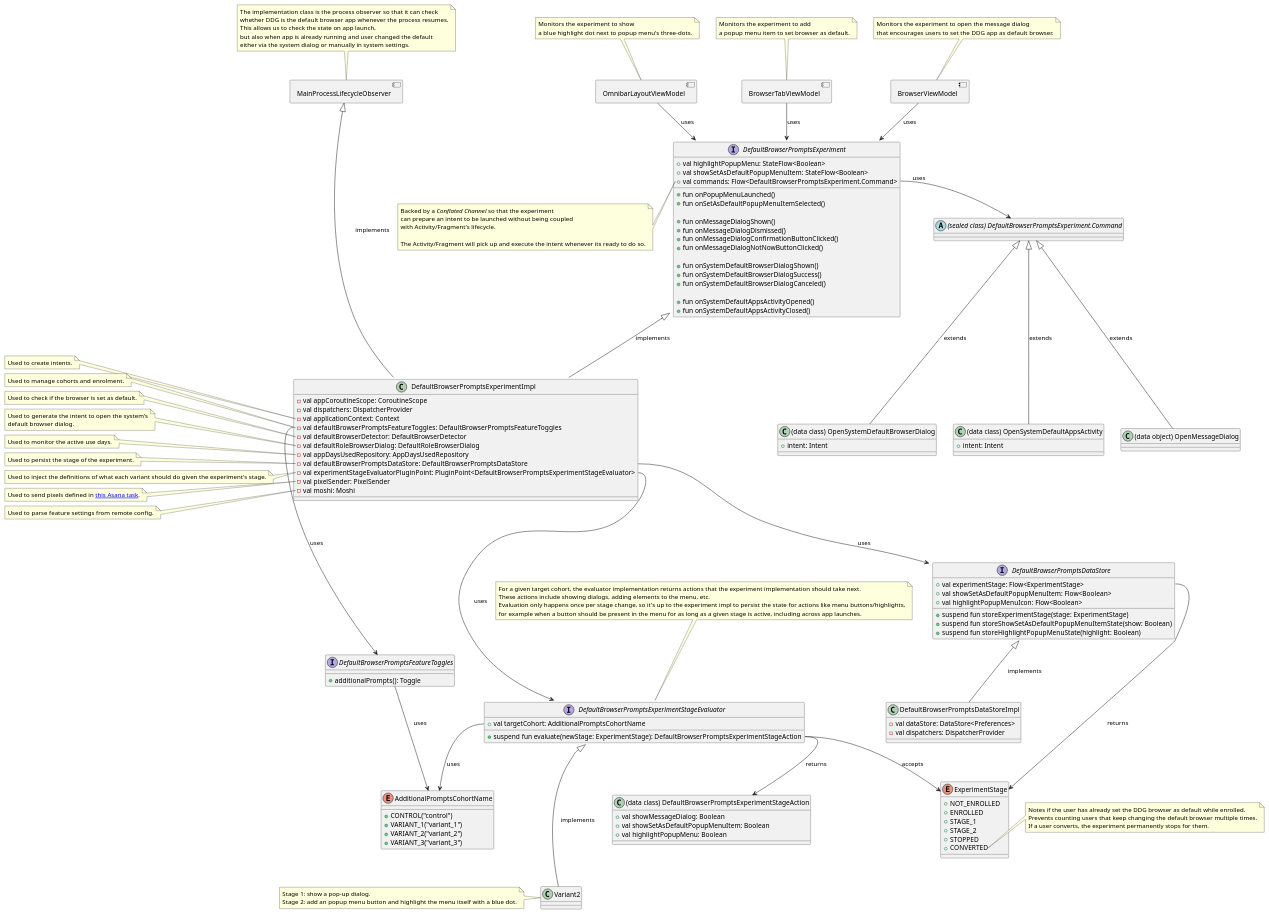
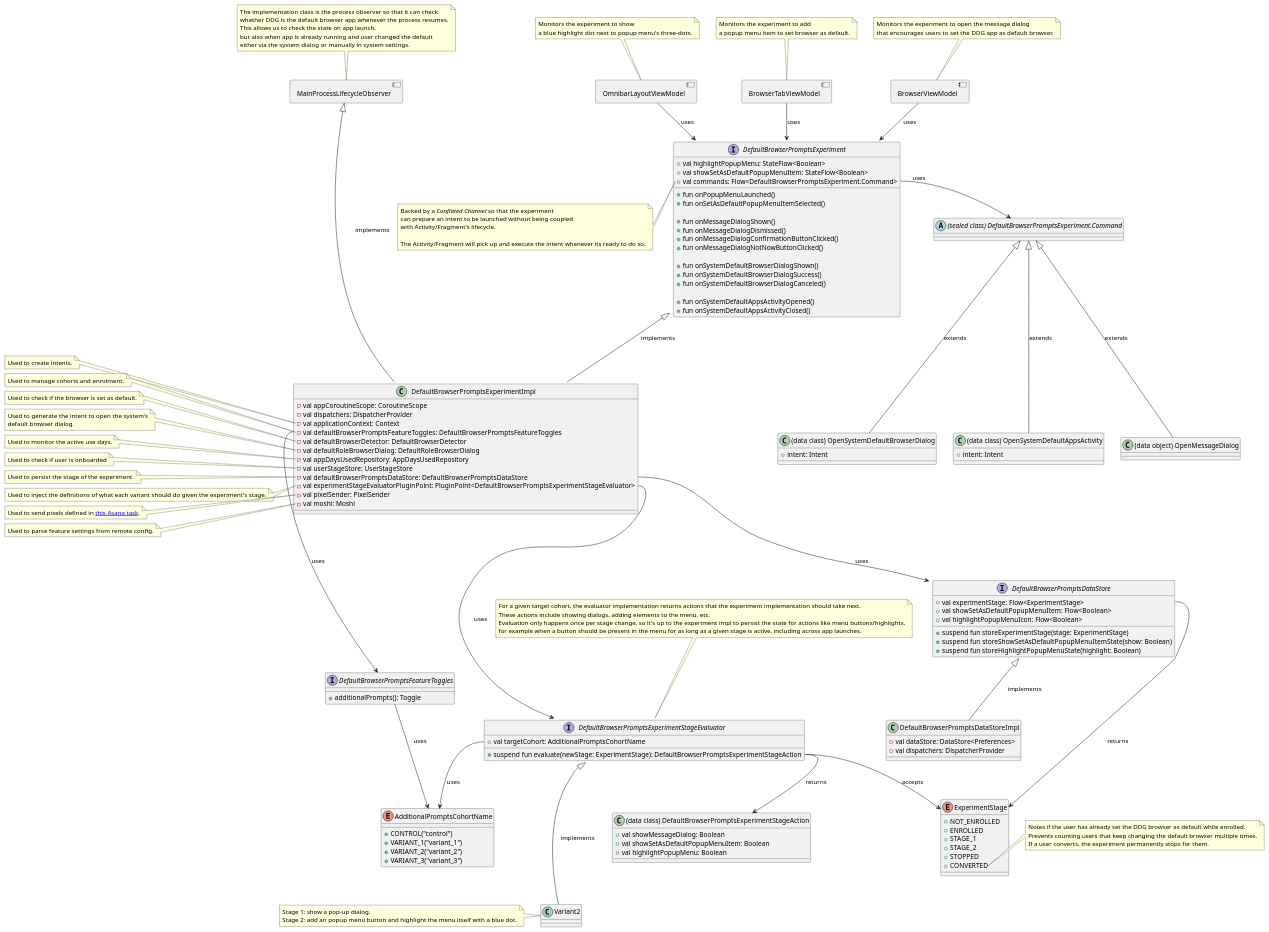
One commit to duckduckgo/Android changed the diagram in app/src/main/java/com/duckduckgo/app/browser/defaultbrowsing/prompts/diagrams/default_browser_prompts_experiment_class_diagram.puml. Above: the diagram before and after it, drawn with PlantUML. The commit also changed 7 other files, not shown here.

Commit message:
Additional "default browser" prompts: enroll only onboarded users

```diff
--- a/app/src/main/java/com/duckduckgo/app/browser/defaultbrowsing/prompts/diagrams/default_browser_prompts_experiment_class_diagram.puml
+++ b/app/src/main/java/com/duckduckgo/app/browser/defaultbrowsing/prompts/diagrams/default_browser_prompts_experiment_class_diagram.puml
@@ -142,6 +142,7 @@
   - val defaultBrowserDetector: DefaultBrowserDetector
   - val defaultRoleBrowserDialog: DefaultRoleBrowserDialog
   - val appDaysUsedRepository: AppDaysUsedRepository
+  - val userStageStore: UserStageStore
   - val defaultBrowserPromptsDataStore: DefaultBrowserPromptsDataStore
   - val experimentStageEvaluatorPluginPoint: PluginPoint<DefaultBrowserPromptsExperimentStageEvaluator>
   - val pixelSender: PixelSender
@@ -177,6 +178,10 @@
 
 note left of DefaultBrowserPromptsExperimentImpl::appDaysUsedRepository
   Used to monitor the active use days.
+end note
+
+note left of DefaultBrowserPromptsExperimentImpl::userStageStore
+  Used to check if user is onboarded
 end note
 
 note left of DefaultBrowserPromptsExperimentImpl::defaultBrowserPromptsDataStore
```
